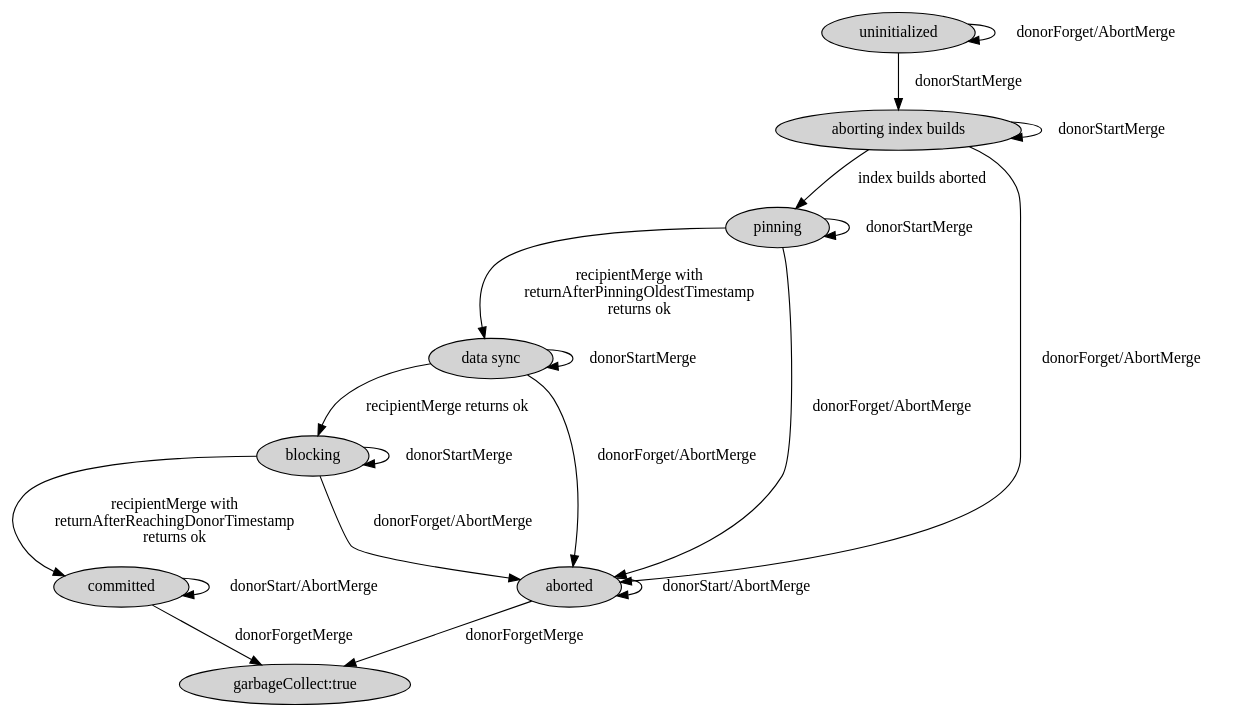
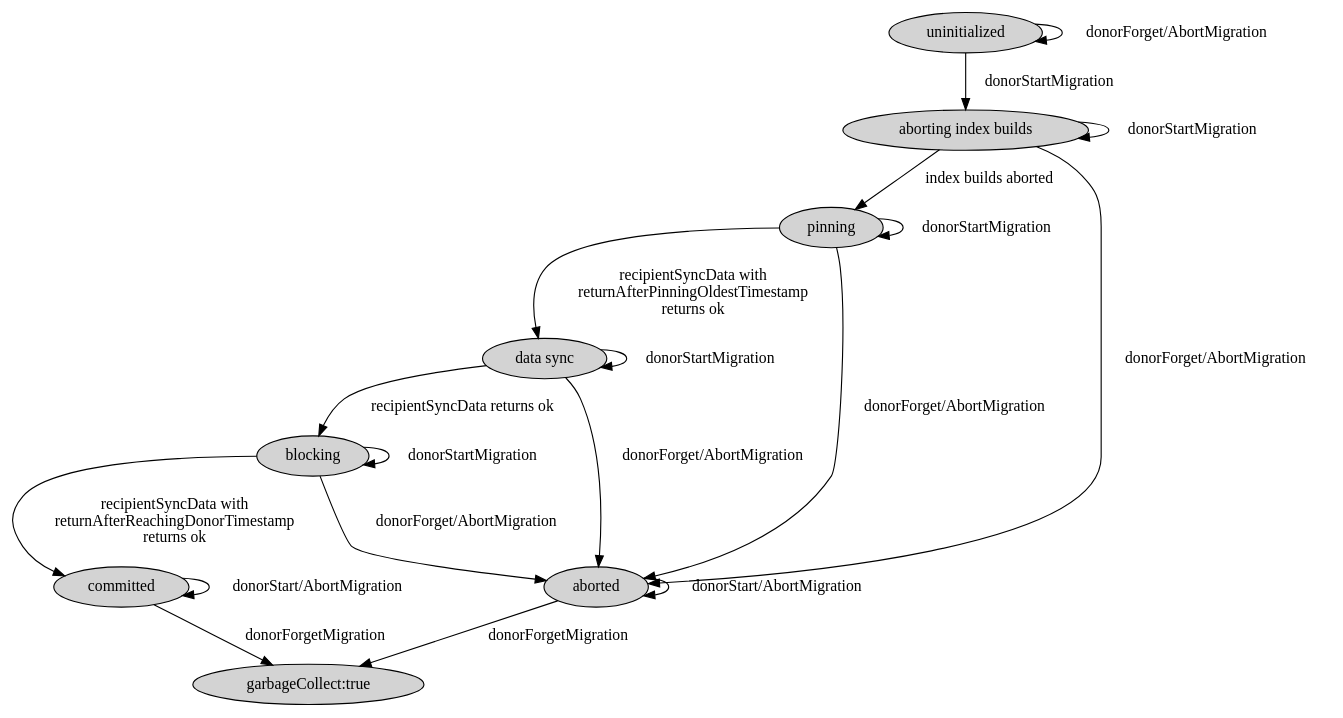
The diagram in merge-donor.dot (ajdavis/begin-implementing-merge), drawn with Graphviz before and after one commit. The commit also changed 1 other file, not shown here.

Commit message:
Merge uses same states as MT Migrations

```diff
--- a/merge-donor.dot
+++ b/merge-donor.dot
@@ -1,29 +1,29 @@
 digraph G {
 	node [style=filled];
     a0 [label="uninitialized"];
     a1 [label="aborting index builds"];
     a7 [label="pinning"];
     a2 [label="data sync"];
     a3 [label="blocking"];
     a4 [label="committed"];
     a5 [label="aborted"];
     a6 [label="garbageCollect:true"];
-    a0 -> a0 [label="donorForget/AbortMerge"]
-    a0 -> a1 [label="donorStartMerge"];
-    a1 -> a1 [label="donorStartMerge"];
-    a1 -> a5 [label="donorForget/AbortMerge"]
+    a0 -> a0 [label="donorForget/AbortMigration"]
+    a0 -> a1 [label="donorStartMigration"];
+    a1 -> a1 [label="donorStartMigration"];
+    a1 -> a5 [label="donorForget/AbortMigration"]
     a1 -> a7 [label="index builds aborted"];
-    a7 -> a7 [label="donorStartMerge"];
-    a7 -> a2 [label="recipientMerge with\nreturnAfterPinningOldestTimestamp\nreturns ok"];
-    a7 -> a5 [label="donorForget/AbortMerge"]
-    a2 -> a2 [label="donorStartMerge"];
-    a2 -> a5 [label="donorForget/AbortMerge"]
-    a2 -> a3 [label="recipientMerge returns ok"];
-    a3 -> a3 [label="donorStartMerge"];
-    a3 -> a5 [label="donorForget/AbortMerge"];
-    a3 -> a4 [label="recipientMerge with\nreturnAfterReachingDonorTimestamp\nreturns ok"];
-    a4 -> a4 [label="donorStart/AbortMerge"];
-    a4 -> a6 [label="donorForgetMerge"];
-    a5 -> a5 [label="donorStart/AbortMerge"];
-    a5 -> a6 [label="donorForgetMerge"];
+    a7 -> a7 [label="donorStartMigration"];
+    a7 -> a2 [label="recipientSyncData with\nreturnAfterPinningOldestTimestamp\nreturns ok"];
+    a7 -> a5 [label="donorForget/AbortMigration"]
+    a2 -> a2 [label="donorStartMigration"];
+    a2 -> a5 [label="donorForget/AbortMigration"]
+    a2 -> a3 [label="recipientSyncData returns ok"];
+    a3 -> a3 [label="donorStartMigration"];
+    a3 -> a5 [label="donorForget/AbortMigration"];
+    a3 -> a4 [label="recipientSyncData with\nreturnAfterReachingDonorTimestamp\nreturns ok"];
+    a4 -> a4 [label="donorStart/AbortMigration"];
+    a4 -> a6 [label="donorForgetMigration"];
+    a5 -> a5 [label="donorStart/AbortMigration"];
+    a5 -> a6 [label="donorForgetMigration"];
 }
```
